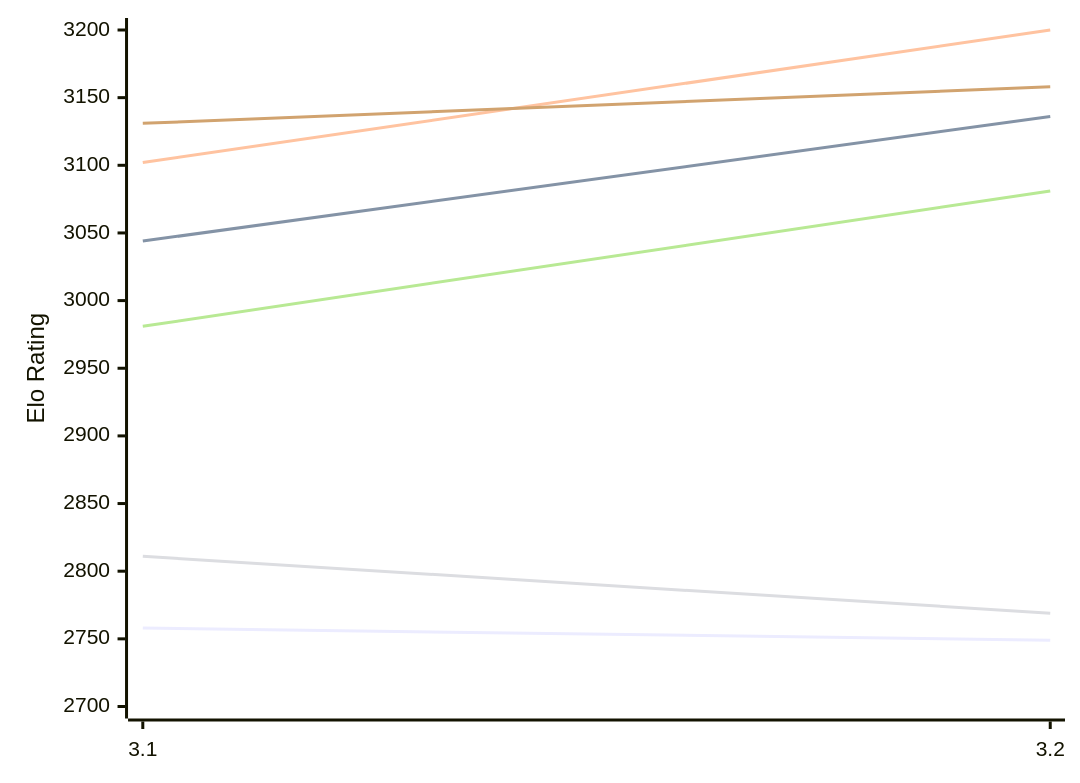
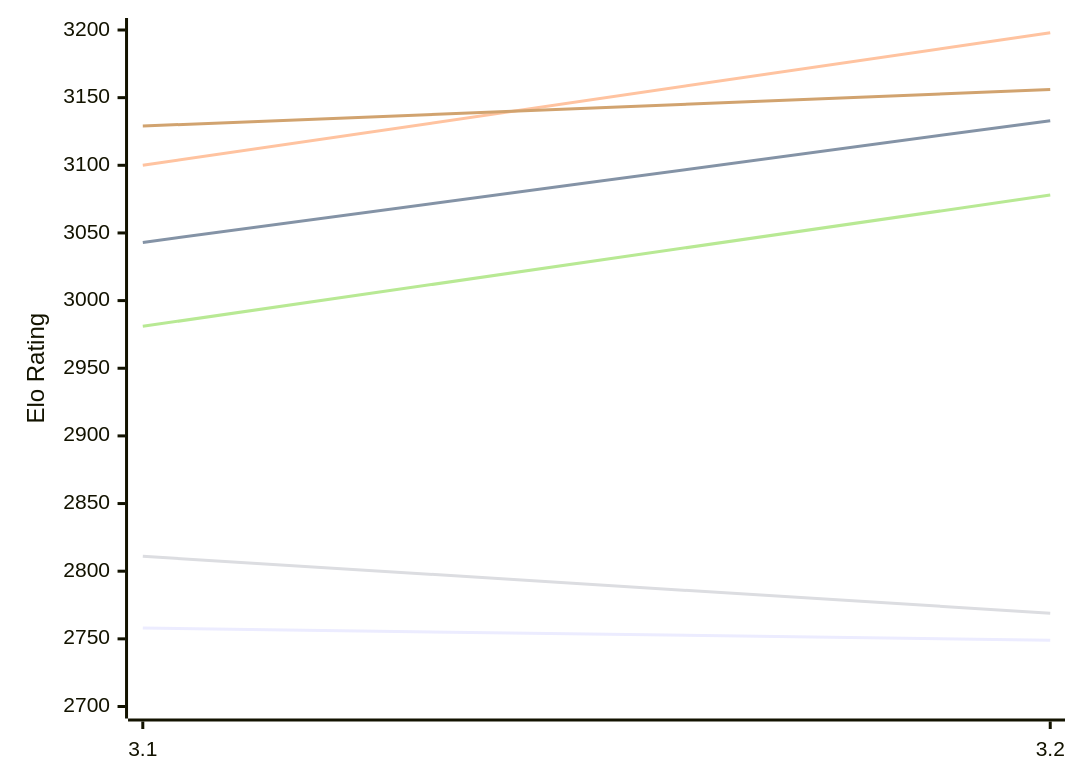
Before and after one commit to computer-chess-index/cci: the first of 2 diagrams in engines/Vajolet2.md, drawn with Mermaid. The commit also changed other lines of this file, not shown here.

Commit message:
Update CCI Ratings (ELO VLTC) - 2026-11-19

````diff
--- a/engines/Vajolet2.md
+++ b/engines/Vajolet2.md
@@ -51,12 +51,12 @@
 ```mermaid
 %%{init: {"theme":"base","themeVariables":{"seriesColors:['#a3a3a3','#222221','#faa371']}}}%%
 xychart-beta
   x-axis ["3.1", "3.2"]
   y-axis "Elo Rating" 2700 --> 3200
   line "E1: STC (8.0+0.08s)" [2758, 2749]
-  line "E1: LTC (60.0+0.60s)" [3044, 3136]
-  line "E1: VLTC (2m24s+1.12s)" [3102, 3200]
+  line "E1: LTC (60.0+0.60s)" [3043, 3133]
+  line "E1: VLTC (2m24s+1.12s)" [3100, 3198]
   line "P1: STC (8.0+0.08s)" [2811, 2769]
-  line "P1: LTC (60.0+0.60s)" [2981, 3081]
-  line "P1: VLTC (2m24s+1.12s)" [3131, 3158]
+  line "P1: LTC (60.0+0.60s)" [2981, 3078]
+  line "P1: VLTC (2m24s+1.12s)" [3129, 3156]
 ```
````
